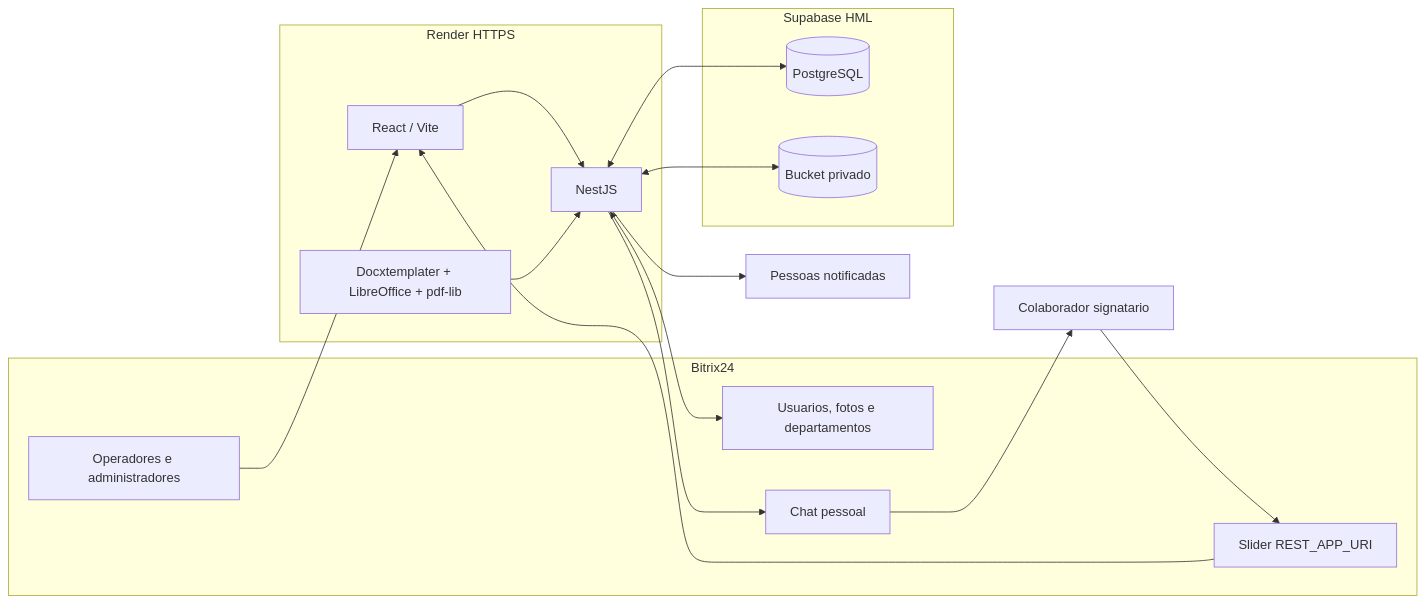
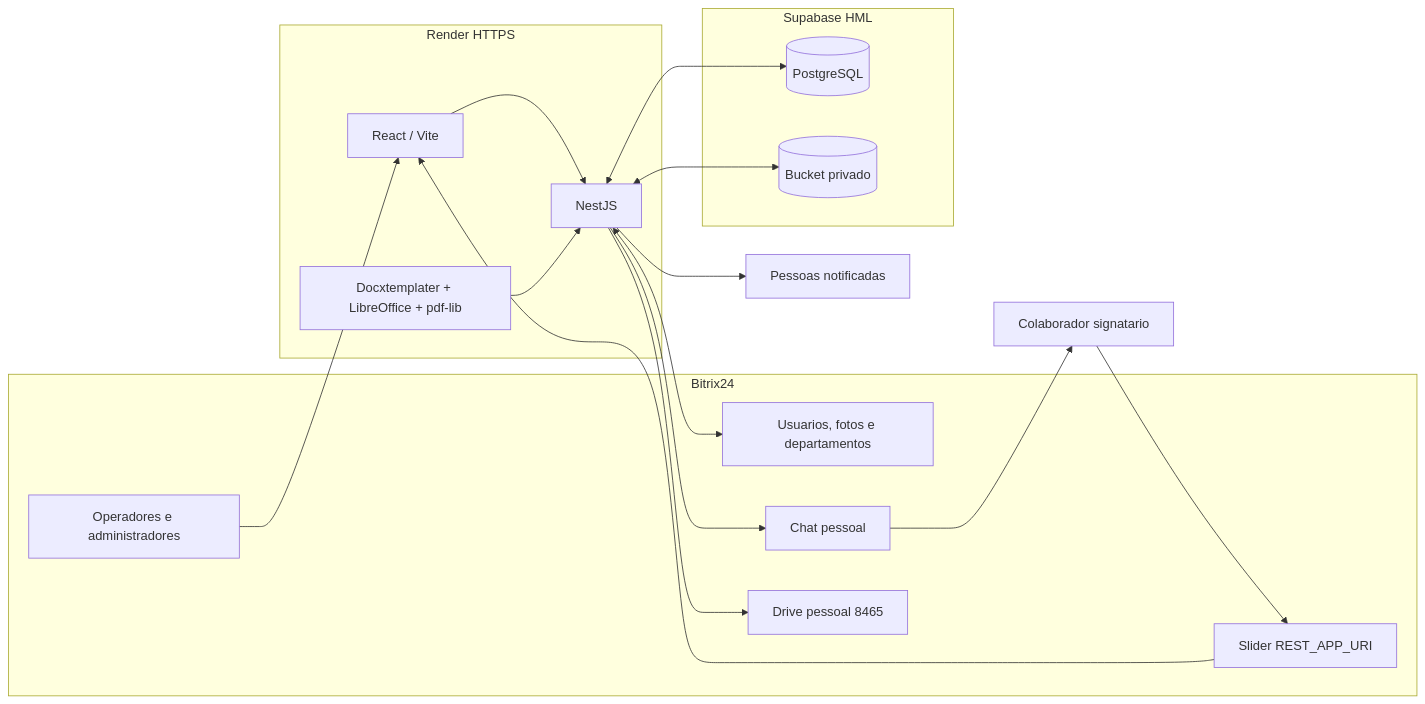
Before and after one commit to LucasNicotari/fortatech-termos-responsabilidade: the first of 2 diagrams in docs/architecture.md, drawn with Mermaid. The commit also changed other lines of this file and 23 other files, not shown here.

````diff
--- a/docs/architecture.md
+++ b/docs/architecture.md
@@ -9,35 +9,37 @@
 ```mermaid
 flowchart LR
   subgraph B24[Bitrix24]
     ADMIN[Operadores e administradores]
     USERS[Usuarios, fotos e departamentos]
     CHAT[Chat pessoal]
     SLIDER[Slider REST_APP_URI]
+    DRIVE[Drive pessoal 8465]
   end
 
   subgraph RENDER[Render HTTPS]
     WEB[React / Vite]
     API[NestJS]
     DOC[Docxtemplater + LibreOffice + pdf-lib]
   end
 
   subgraph SUPA[Supabase HML]
     DB[(PostgreSQL)]
     STORAGE[(Bucket privado)]
   end
 
   SIGNER[Colaborador signatario]
   NOTIFIED[Pessoas notificadas]
 
   ADMIN --> WEB
   WEB --> API
   API <--> USERS
   API --> CHAT
+  API --> DRIVE
   CHAT --> SIGNER
   SIGNER --> SLIDER
   SLIDER --> WEB
   API <--> DB
   DOC --> API
   API <--> STORAGE
   API --> NOTIFIED
 ```
````
